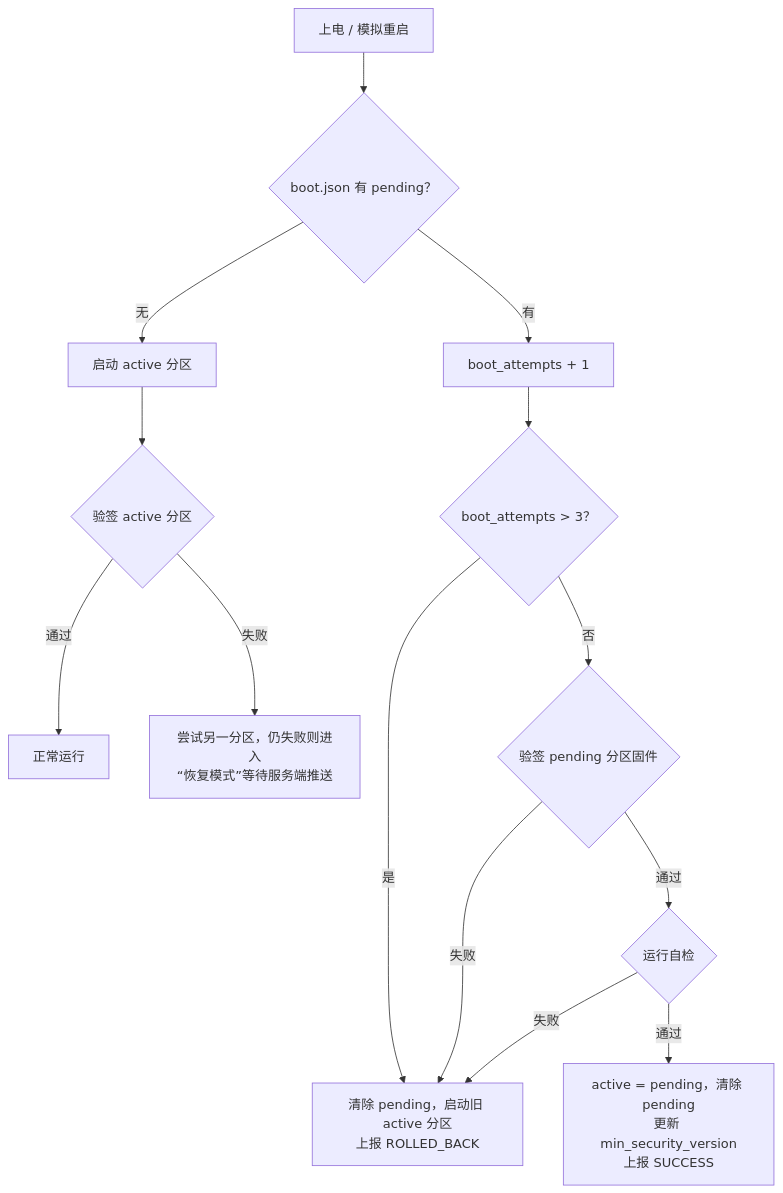
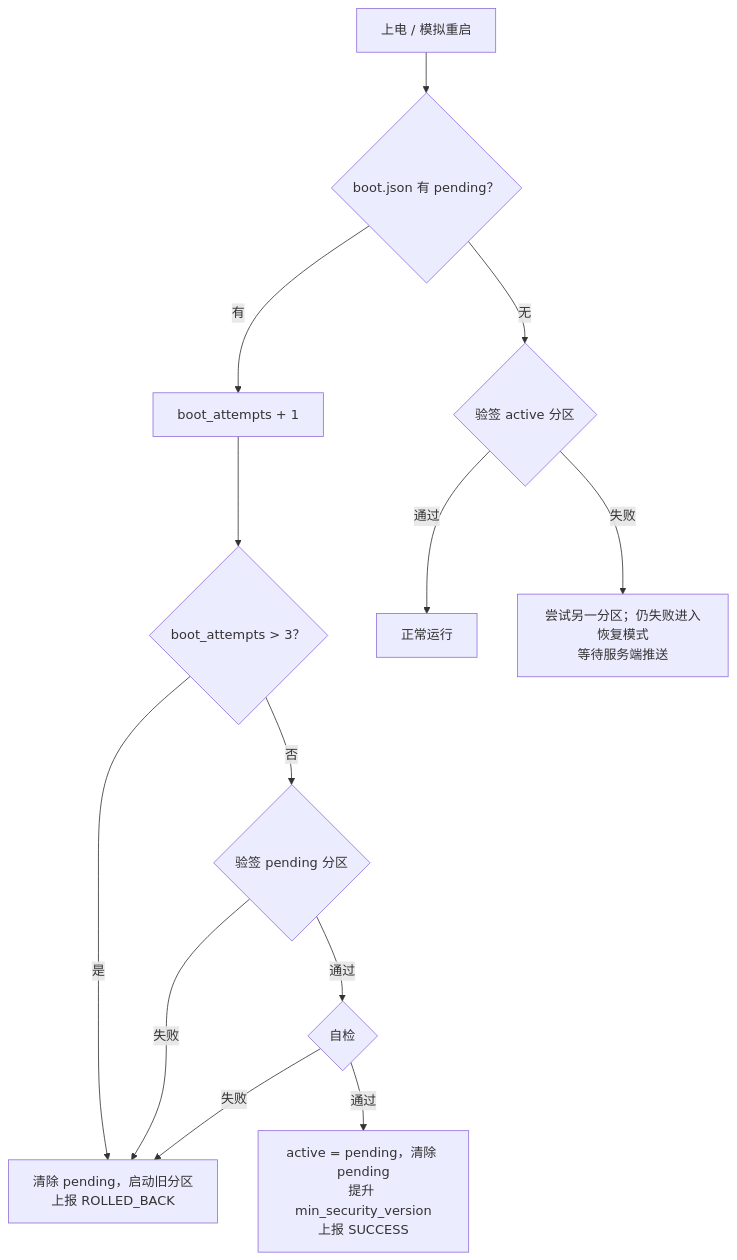
The eighth of 11 diagrams in docs/系统设计说明书.md (ahu-iii/firmware-distribution-system), drawn with Mermaid before and after one commit. The commit also changed other lines of this file and 54 other files, not shown here.

````diff
--- a/docs/系统设计说明书.md
+++ b/docs/系统设计说明书.md
@@ -507,16 +303,15 @@
 ```mermaid
 flowchart TB
     Start["上电 / 模拟重启"] --> P{"boot.json 有 pending？"}
-    P -->|无| RA["启动 active 分区"]
+    P -->|无| V2{"验签 active 分区"}
     P -->|有| INC["boot_attempts + 1"]
     INC --> T{"boot_attempts > 3？"}
-    T -->|是| RB["清除 pending，启动旧 active 分区<br/>上报 ROLLED_BACK"]
-    T -->|否| V{"验签 pending 分区固件"}
+    T -->|是| RB["清除 pending，启动旧分区<br/>上报 ROLLED_BACK"]
+    T -->|否| V{"验签 pending 分区"}
     V -->|失败| RB
-    V -->|通过| ST{"运行自检"}
+    V -->|通过| ST{"自检"}
     ST -->|失败| RB
-    ST -->|通过| OK["active = pending，清除 pending<br/>更新 min_security_version<br/>上报 SUCCESS"]
-    RA --> V2{"验签 active 分区"}
+    ST -->|通过| OK["active = pending，清除 pending<br/>提升 min_security_version<br/>上报 SUCCESS"]
     V2 -->|通过| RUN["正常运行"]
-    V2 -->|失败| OTHER["尝试另一分区，仍失败则进入<br/>“恢复模式”等待服务端推送"]
+    V2 -->|失败| OTHER["尝试另一分区；仍失败进入恢复模式<br/>等待服务端推送"]
 ```
````
